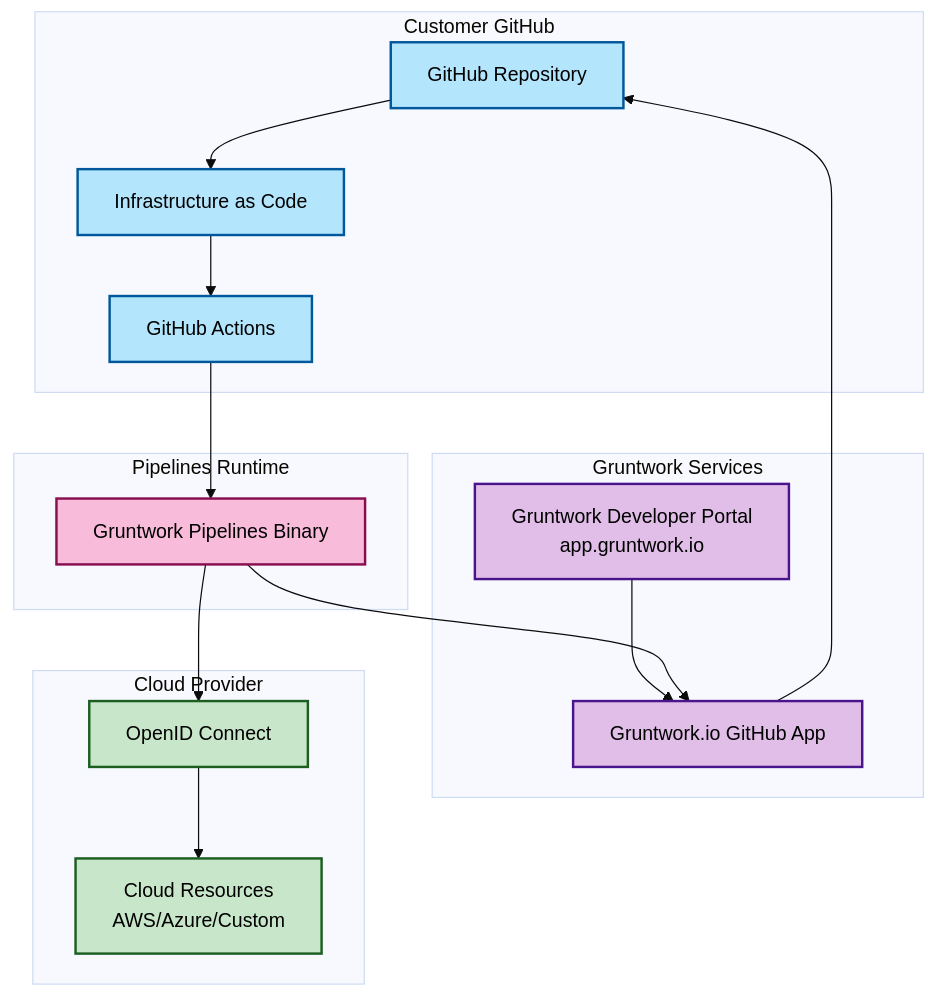
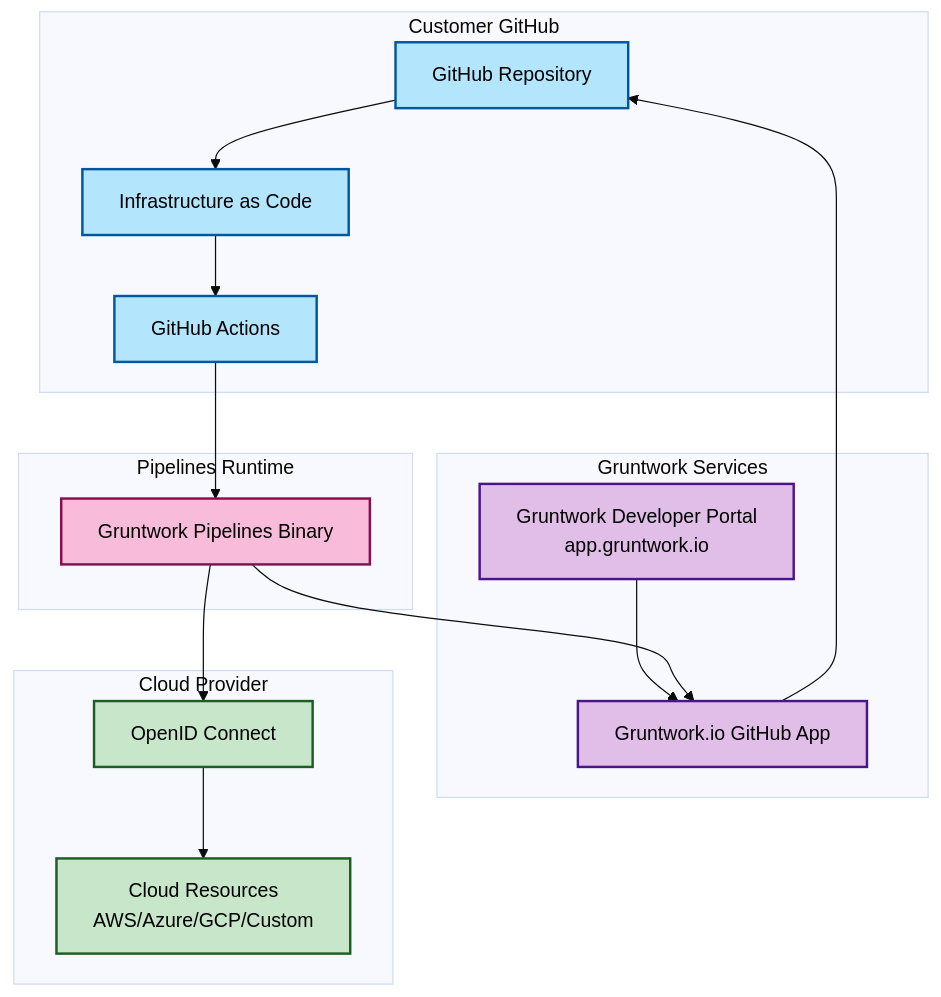
Before and after one commit to gruntwork-io/docs: the first of 3 diagrams in docs/2.0/docs/pipelines/architecture/index.md, drawn with Mermaid (base theme). The commit also changed other lines of this file and 13 other files, not shown here.

````diff
--- a/docs/2.0/docs/pipelines/architecture/index.md
+++ b/docs/2.0/docs/pipelines/architecture/index.md
@@ -70,46 +71,46 @@
 ```mermaid
 graph TB
     subgraph "Customer GitHub"
         GH[GitHub Repository]
         GHA[GitHub Actions]
         IaC[Infrastructure as Code]
     end
 
     subgraph "Gruntwork Services"
         GDP[Gruntwork Developer Portal<br/>app.gruntwork.io]
         GApp[Gruntwork.io GitHub App]
     end
 
     subgraph "Pipelines Runtime"
         Binary[Gruntwork Pipelines Binary]
     end
 
     subgraph "Cloud Provider"
         OIDC[OpenID Connect]
-        Cloud[Cloud Resources<br/>AWS/Azure/Custom]
+        Cloud[Cloud Resources<br/>AWS/Azure/GCP/Custom]
     end
 
     %% Main flow
     GH --> IaC
     IaC --> GHA
     GHA --> Binary
 
     %% Authentication
     GDP --> GApp
     GApp --> GH
     Binary --> GApp
 
     %% Cloud access
     Binary --> OIDC
     OIDC --> Cloud
 
     classDef customer fill:#b3e5fc,stroke:#01579b,stroke-width:2px,color:#000000
     classDef gruntwork fill:#e1bee7,stroke:#4a148c,stroke-width:2px,color:#000000
     classDef runtime fill:#f8bbd9,stroke:#880e4f,stroke-width:2px,color:#000000
     classDef cloud fill:#c8e6c9,stroke:#1b5e20,stroke-width:2px,color:#000000
 
     class GH,GHA,IaC customer
     class GDP,GApp gruntwork
     class Binary runtime
     class OIDC,Cloud cloud
 ```
````
